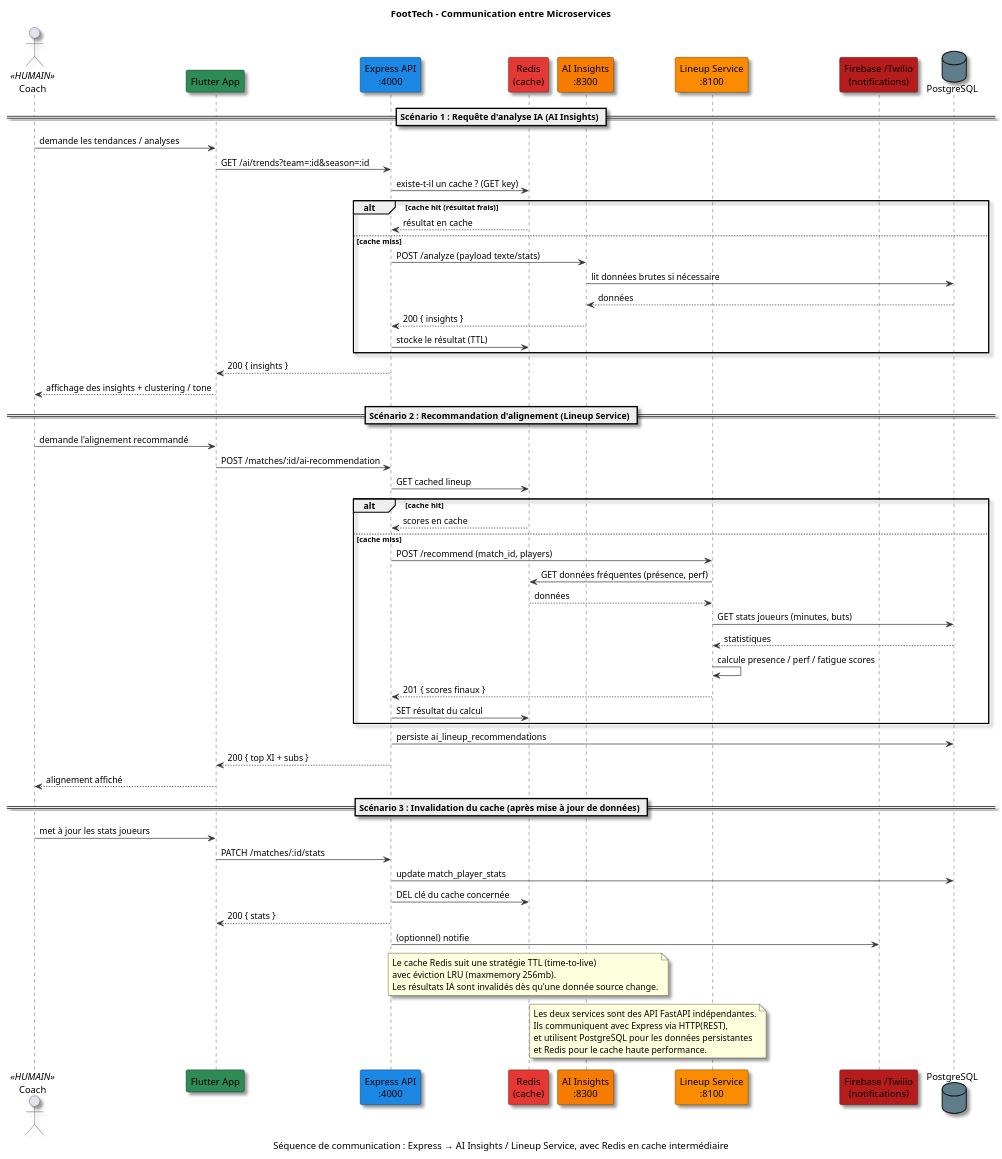
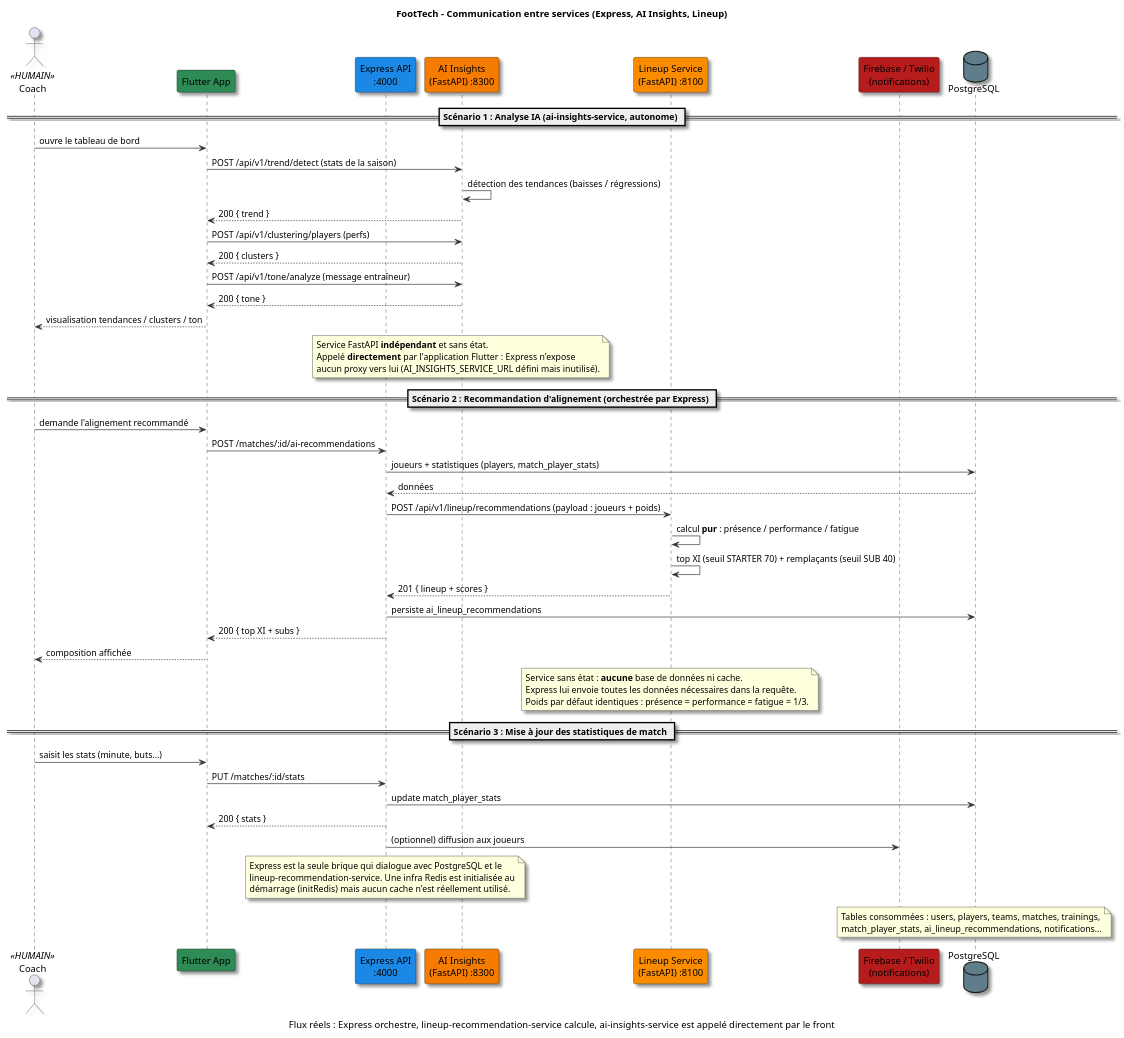
The diagram in diagrammes/13_microservices_communication.puml (boubayafares/pfe_complete), drawn with PlantUML before and after one commit. The commit also changed 588 other files, not shown here.

```diff
--- a/diagrammes/13_microservices_communication.puml
+++ b/diagrammes/13_microservices_communication.puml
@@ -1,86 +1,91 @@
 @startuml
 !pragma layout smetana
-title FootTech - Communication entre Microservices
-caption Séquence de communication : Express → AI Insights / Lineup Service, avec Redis en cache intermédiaire
+title FootTech - Communication entre services (Express, AI Insights, Lineup)
+caption Flux réels : Express orchestre, lineup-recommendation-service calcule, ai-insights-service est appelé directement par le front
 
 skinparam backgroundColor #FFFFFF
 skinparam defaultFontName "Segoe UI"
 skinparam shadowing true
 skinparam ArrowColor #333333
 
 ' ============================================================================
 ' PARTICIPANTS
 ' ============================================================================
 actor "Coach" as COACH <<HUMAIN>>
 participant "Flutter App" as FLUTTER #2E8B57
 participant "Express API\n:4000" as EXPRESS #1E88E5
-participant "Redis\n(cache)" as REDIS #E53935
-participant "AI Insights\n:8300" as AI #F57C00
-participant "Lineup Service\n:8100" as RECO #FB8C00
-participant "Firebase /Twilio\n(notifications)" as NOTIF #B71C1C
+participant "AI Insights\n(FastAPI) :8300" as AI #F57C00
+participant "Lineup Service\n(FastAPI) :8100" as RECO #FB8C00
+participant "Firebase / Twilio\n(notifications)" as NOTIF #B71C1C
 database "PostgreSQL" as PG #607D8B
 
 ' ============================================================================
-' SCÉNARIO 1 : ANALYSE IA (insights)
+' SCÉNARIO 1 : ANALYSE IA (insights) — SERVICE AUTONOME
 ' ============================================================================
-== Scénario 1 : Requête d'analyse IA (AI Insights) ==
+== Scénario 1 : Analyse IA (ai-insights-service, autonome) ==
 
-COACH -> FLUTTER : demande les tendances / analyses
-FLUTTER -> EXPRESS : GET /ai/trends?team=:id&season=:id
-EXPRESS -> REDIS : existe-t-il un cache ? (GET key)
-alt cache hit (résultat frais)
-    REDIS --> EXPRESS : résultat en cache
-else cache miss
-    EXPRESS -> AI : POST /analyze (payload texte/stats)
-    AI -> PG : lit données brutes si nécessaire
-    PG --> AI : données
-    AI --> EXPRESS : 200 { insights }
-    EXPRESS -> REDIS : stocke le résultat (TTL)
-end
-EXPRESS --> FLUTTER : 200 { insights }
-FLUTTER --> COACH : affichage des insights + clustering / tone
+COACH -> FLUTTER : ouvre le tableau de bord
+FLUTTER -> AI : POST /api/v1/trend/detect (stats de la saison)
+AI -> AI : détection des tendances (baisses / régressions)
+AI --> FLUTTER : 200 { trend }
+FLUTTER -> AI : POST /api/v1/clustering/players (perfs)
+AI --> FLUTTER : 200 { clusters }
+FLUTTER -> AI : POST /api/v1/tone/analyze (message entraîneur)
+AI --> FLUTTER : 200 { tone }
+FLUTTER --> COACH : visualisation tendances / clusters / ton
+
+note over AI
+  Service FastAPI **indépendant** et sans état.
+  Appelé **directement** par l'application Flutter : Express n'expose
+  aucun proxy vers lui (AI_INSIGHTS_SERVICE_URL défini mais inutilisé).
+end note
 
 ' ============================================================================
 ' SCÉNARIO 2 : RECOMMANDATION D'ALIGNEMENT (Lineup Service)
 ' ============================================================================
-== Scénario 2 : Recommandation d'alignement (Lineup Service) ==
+== Scénario 2 : Recommandation d'alignement (orchestrée par Express) ==
 
 COACH -> FLUTTER : demande l'alignement recommandé
-FLUTTER -> EXPRESS : POST /matches/:id/ai-recommendation
-EXPRESS -> REDIS : GET cached lineup
-alt cache hit
-    REDIS --> EXPRESS : scores en cache
-else cache miss
-    EXPRESS -> RECO : POST /recommend (match_id, players)
-    RECO -> REDIS : GET données fréquentes (présence, perf)
-    REDIS --> RECO : données
-    RECO -> PG : GET stats joueurs (minutes, buts)
-    PG --> RECO : statistiques
-    RECO -> RECO : calcule presence / perf / fatigue scores
-    RECO --> EXPRESS : 201 { scores finaux }
-    EXPRESS -> REDIS : SET résultat du calcul
-end
+FLUTTER -> EXPRESS : POST /matches/:id/ai-recommendations
+EXPRESS -> PG : joueurs + statistiques (players, match_player_stats)
+PG --> EXPRESS : données
+EXPRESS -> RECO : POST /api/v1/lineup/recommendations (payload : joueurs + poids)
+RECO -> RECO : calcul **pur** : présence / performance / fatigue
+RECO -> RECO : top XI (seuil STARTER 70) + remplaçants (seuil SUB 40)
+RECO --> EXPRESS : 201 { lineup + scores }
 EXPRESS -> PG : persiste ai_lineup_recommendations
 EXPRESS --> FLUTTER : 200 { top XI + subs }
-FLUTTER --> COACH : alignement affiché
+FLUTTER --> COACH : composition affichée
+
+note over RECO
+  Service sans état : **aucune** base de données ni cache.
+  Express lui envoie toutes les données nécessaires dans la requête.
+  Poids par défaut identiques : présence = performance = fatigue = 1/3.
+end note
 
 ' ============================================================================
-' SCÉNARIO 3 : INVALIDATION DE CACHE
+' SCÉNARIO 3 : MISE À JOUR DES STATS DE MATCH
 ' ============================================================================
-== Scénario 3 : Invalidation du cache (après mise à jour de données) ==
+== Scénario 3 : Mise à jour des statistiques de match ==
 
-COACH -> FLUTTER : met à jour les stats joueurs
-FLUTTER -> EXPRESS : PATCH /matches/:id/stats
+COACH -> FLUTTER : saisit les stats (minute, buts...)
+FLUTTER -> EXPRESS : PUT /matches/:id/stats
 EXPRESS -> PG : update match_player_stats
-EXPRESS -> REDIS : DEL clé du cache concernée
 EXPRESS --> FLUTTER : 200 { stats }
-EXPRESS -> NOTIF : (optionnel) notifie
+EXPRESS -> NOTIF : (optionnel) diffusion aux joueurs
 
 ' ============================================================================
 ' NOTES
 ' ============================================================================
-note over REDIS : Le cache Redis suit une stratégie TTL (time-to-live)\navec éviction LRU (maxmemory 256mb).\nLes résultats IA sont invalidés dès qu'une donnée source change.
+note over EXPRESS
+  Express est la seule brique qui dialogue avec PostgreSQL et le
+  lineup-recommendation-service. Une infra Redis est initialisée au
+  démarrage (initRedis) mais aucun cache n'est réellement utilisé.
+end note
 
-note over AI, RECO : Les deux services sont des API FastAPI indépendantes.\nIls communiquent avec Express via HTTP(REST),\net utilisent PostgreSQL pour les données persistantes\net Redis pour le cache haute performance.
+note over PG
+  Tables consommées : users, players, teams, matches, trainings,
+  match_player_stats, ai_lineup_recommendations, notifications...
+end note
 
 @enduml
```
